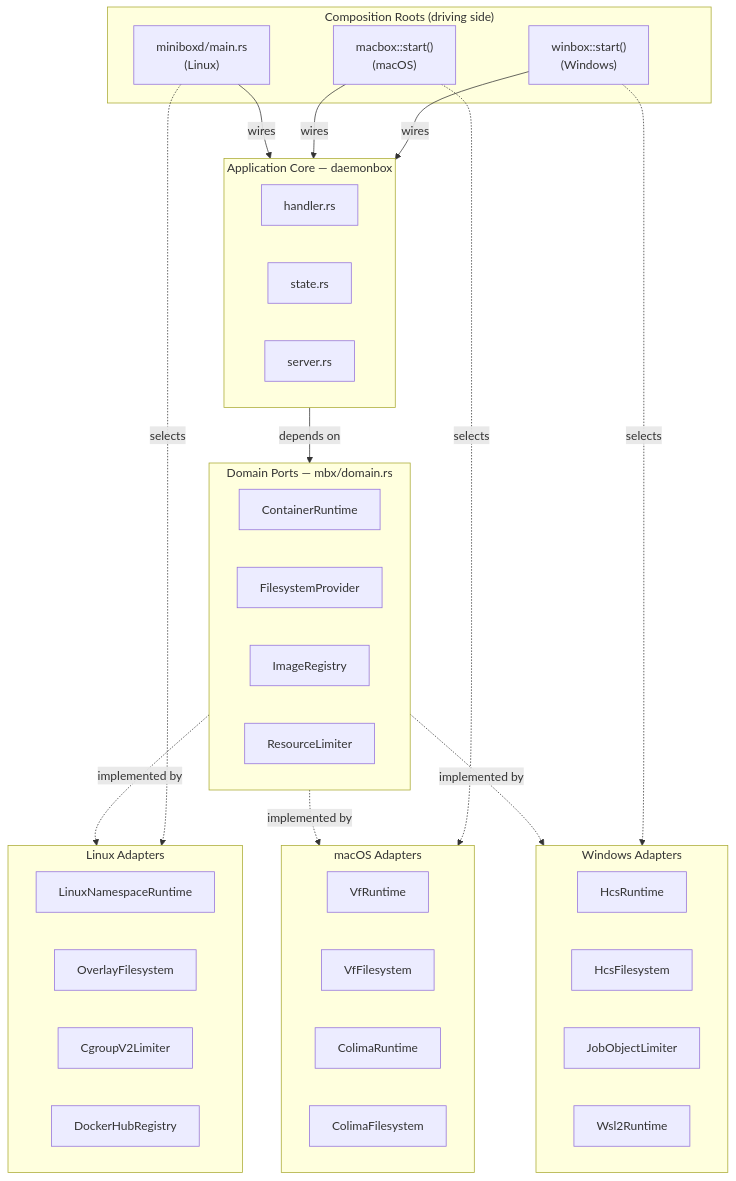
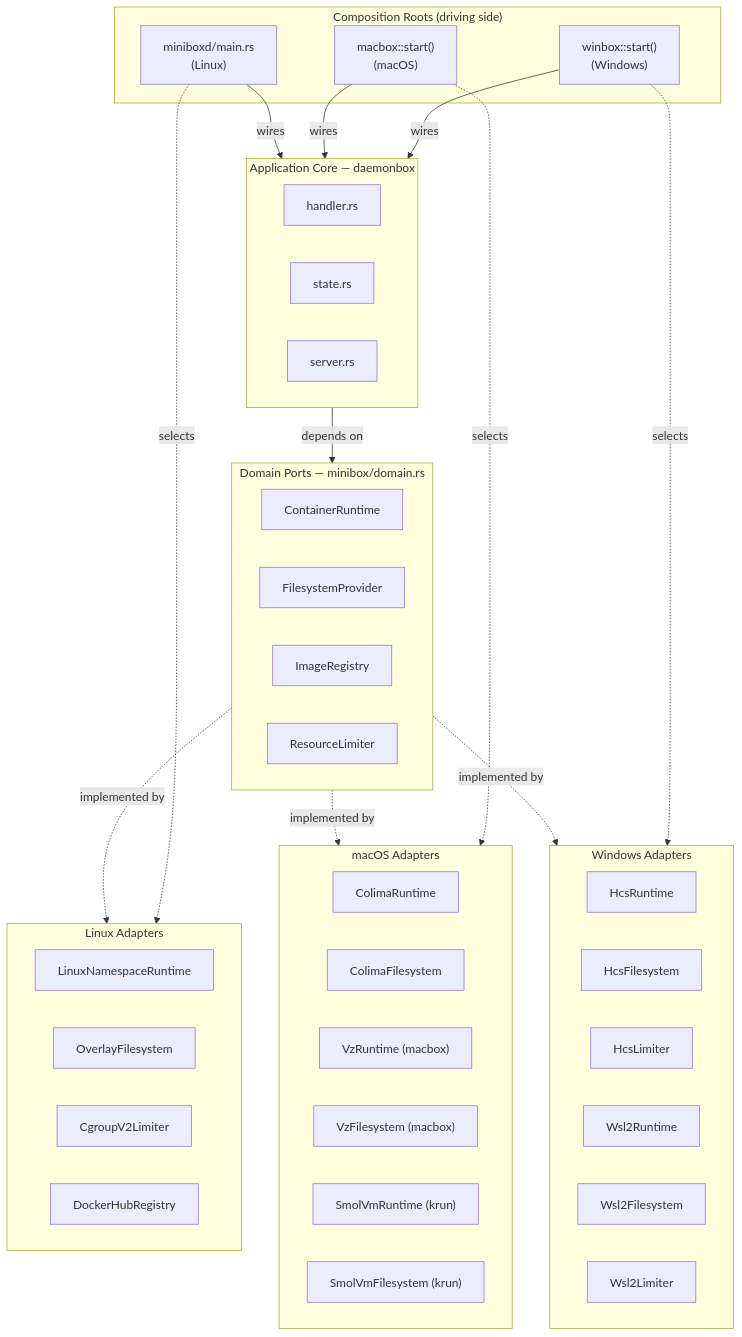
One commit to 89jobrien/minibox changed the diagram in docs/diagrams/hexagonal-architecture.md. Above: the diagram before and after it, drawn with Mermaid. The commit also changed other lines of this file and 11 other files, not shown here.

Commit message:
chore: fmt cleanup, diagrams updates, plan docs before merge to main

````diff
--- a/docs/diagrams/hexagonal-architecture.md
+++ b/docs/diagrams/hexagonal-architecture.md
@@ -50,56 +53,60 @@
 ```mermaid
 graph TB
     subgraph roots["Composition Roots (driving side)"]
         linux_root["miniboxd/main.rs\n(Linux)"]
         mac_root["macbox::start()\n(macOS)"]
         win_root["winbox::start()\n(Windows)"]
     end
 
     subgraph core["Application Core — daemonbox"]
         handler["handler.rs"]
         state["state.rs"]
         server["server.rs"]
     end
 
-    subgraph ports["Domain Ports — mbx/domain.rs"]
+    subgraph ports["Domain Ports — minibox/domain.rs"]
         runtime_trait["ContainerRuntime"]
         fs_trait["FilesystemProvider"]
         registry_trait["ImageRegistry"]
         limiter_trait["ResourceLimiter"]
     end
 
     subgraph adapters_linux["Linux Adapters"]
         ln_rt["LinuxNamespaceRuntime"]
         ln_fs["OverlayFilesystem"]
         ln_lim["CgroupV2Limiter"]
         ln_reg["DockerHubRegistry"]
     end
 
     subgraph adapters_mac["macOS Adapters"]
-        vf_rt["VfRuntime"]
-        vf_fs["VfFilesystem"]
         col_rt["ColimaRuntime"]
         col_fs["ColimaFilesystem"]
+        vz_rt["VzRuntime (macbox)"]
+        vz_fs["VzFilesystem (macbox)"]
+        smolvm_rt["SmolVmRuntime (krun)"]
+        smolvm_fs["SmolVmFilesystem (krun)"]
     end
 
     subgraph adapters_win["Windows Adapters"]
         hcs_rt["HcsRuntime"]
         hcs_fs["HcsFilesystem"]
-        job_lim["JobObjectLimiter"]
+        hcs_lim["HcsLimiter"]
         wsl_rt["Wsl2Runtime"]
+        wsl_fs["Wsl2Filesystem"]
+        wsl_lim["Wsl2Limiter"]
     end
 
     linux_root -->|"wires"| core
     mac_root -->|"wires"| core
     win_root -->|"wires"| core
 
     core -->|"depends on"| ports
 
     ports -.->|"implemented by"| adapters_linux
     ports -.->|"implemented by"| adapters_mac
     ports -.->|"implemented by"| adapters_win
 
     linux_root -.->|"selects"| adapters_linux
     mac_root -.->|"selects"| adapters_mac
     win_root -.->|"selects"| adapters_win
 ```
````
